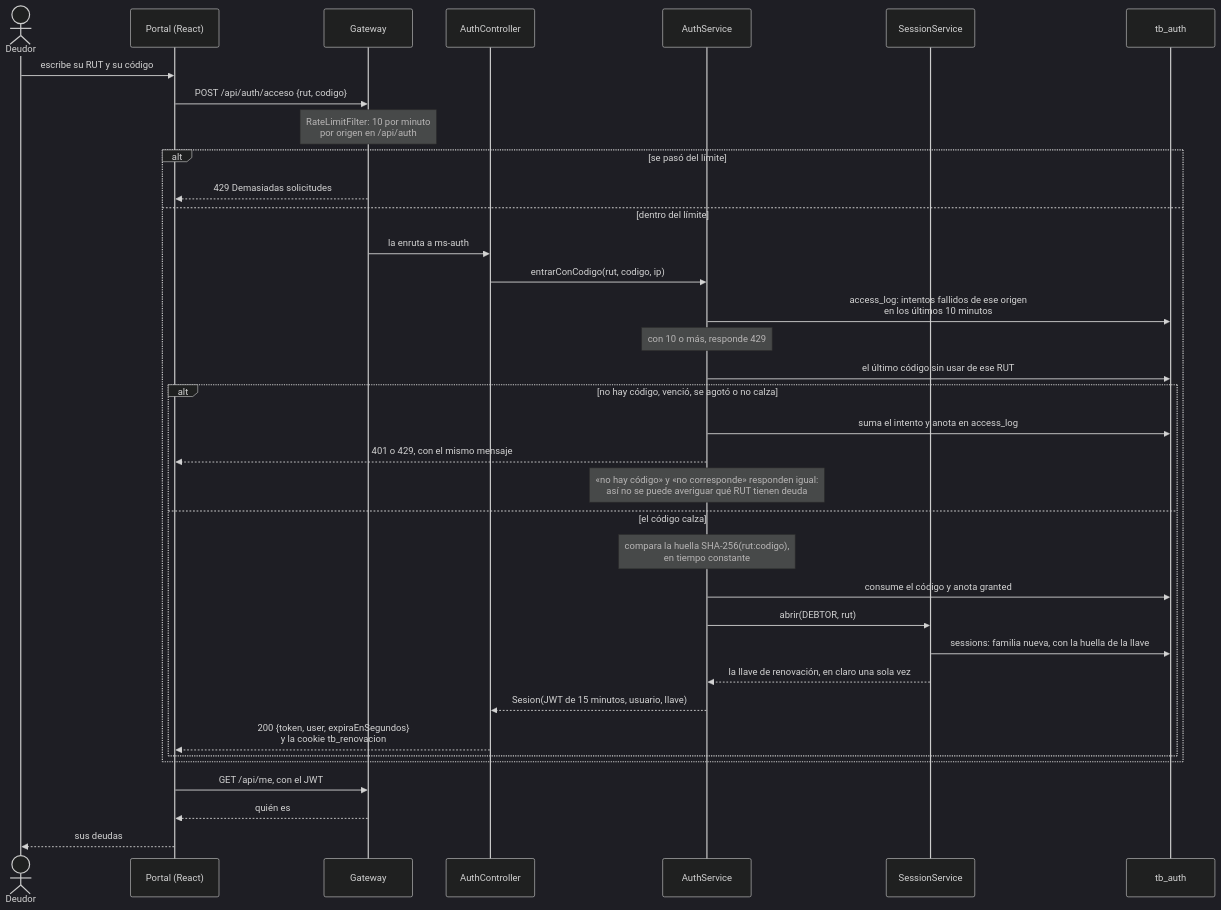
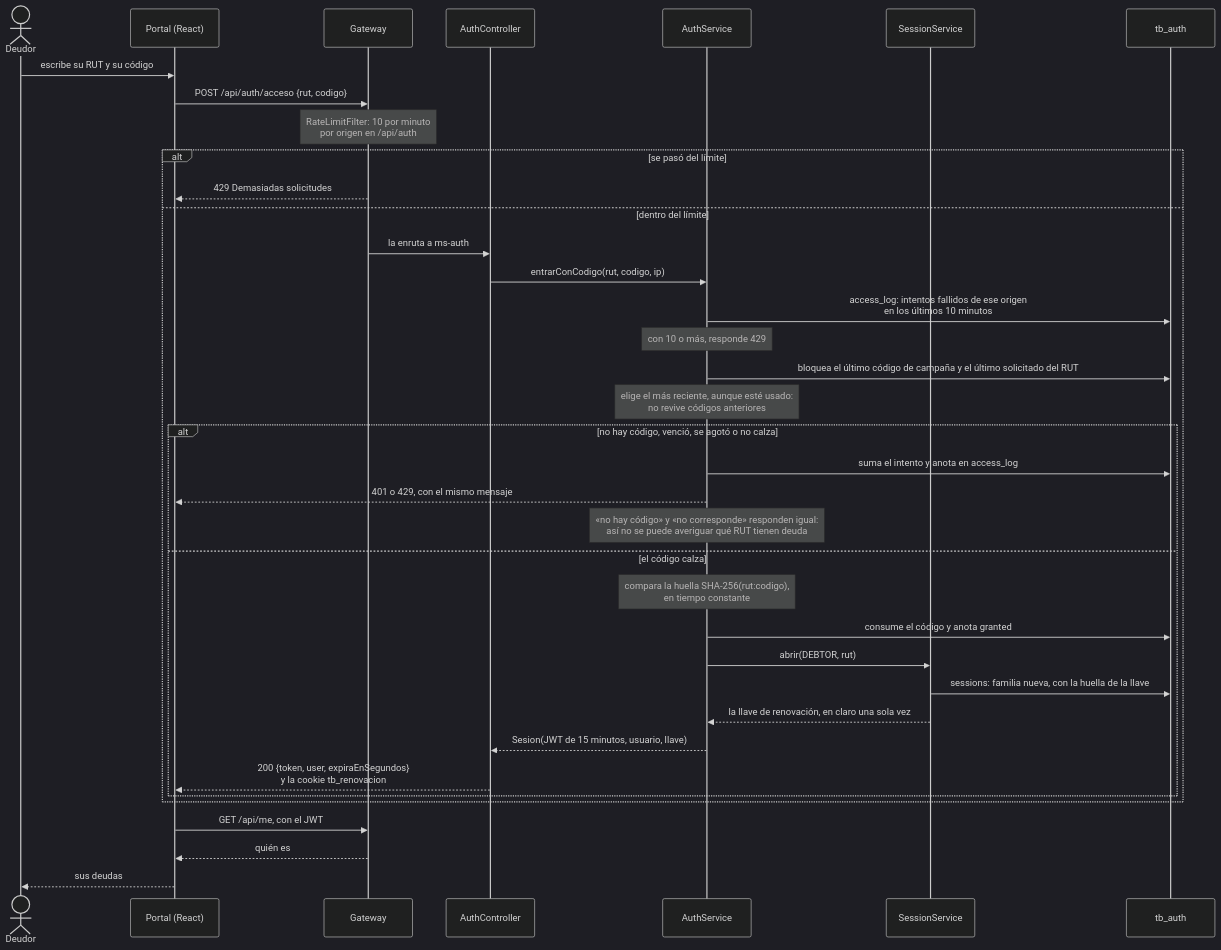
The first of 16 diagrams in docs/diagramas/secuencia.md (TechnicalBridge/DataBridge), drawn with Mermaid (dark theme) before and after one commit. The commit also changed other lines of this file and 29 other files, not shown here.

````diff
--- a/docs/diagramas/secuencia.md
+++ b/docs/diagramas/secuencia.md
@@ -42,39 +44,40 @@
 ```mermaid
 sequenceDiagram
     actor D as Deudor
     participant P as Portal (React)
     participant G as Gateway
     participant AC as AuthController
     participant AS as AuthService
     participant SS as SessionService
     participant B as tb_auth
 
     D->>P: escribe su RUT y su código
     P->>G: POST /api/auth/acceso {rut, codigo}
     Note over G: RateLimitFilter: 10 por minuto<br/>por origen en /api/auth
     alt se pasó del límite
         G-->>P: 429 Demasiadas solicitudes
     else dentro del límite
         G->>AC: la enruta a ms-auth
         AC->>AS: entrarConCodigo(rut, codigo, ip)
         AS->>B: access_log: intentos fallidos de ese origen<br/>en los últimos 10 minutos
         Note over AS: con 10 o más, responde 429
-        AS->>B: el último código sin usar de ese RUT
+        AS->>B: bloquea el último código de campaña y el último solicitado del RUT
+        Note over AS: elige el más reciente, aunque esté usado:<br/>no revive códigos anteriores
         alt no hay código, venció, se agotó o no calza
             AS->>B: suma el intento y anota en access_log
             AS-->>P: 401 o 429, con el mismo mensaje
             Note over AS: «no hay código» y «no corresponde» responden igual:<br/>así no se puede averiguar qué RUT tienen deuda
         else el código calza
             Note over AS: compara la huella SHA-256(rut:codigo),<br/>en tiempo constante
             AS->>B: consume el código y anota granted
             AS->>SS: abrir(DEBTOR, rut)
             SS->>B: sessions: familia nueva, con la huella de la llave
             SS-->>AS: la llave de renovación, en claro una sola vez
             AS-->>AC: Sesion(JWT de 15 minutos, usuario, llave)
             AC-->>P: 200 {token, user, expiraEnSegundos}<br/>y la cookie tb_renovacion
         end
     end
     P->>G: GET /api/me, con el JWT
     G-->>P: quién es
     P-->>D: sus deudas
 ```
````
